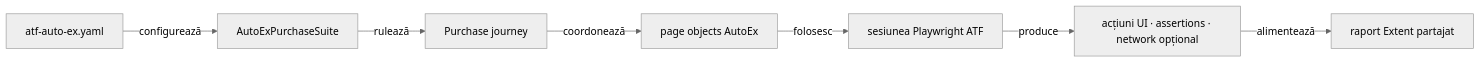
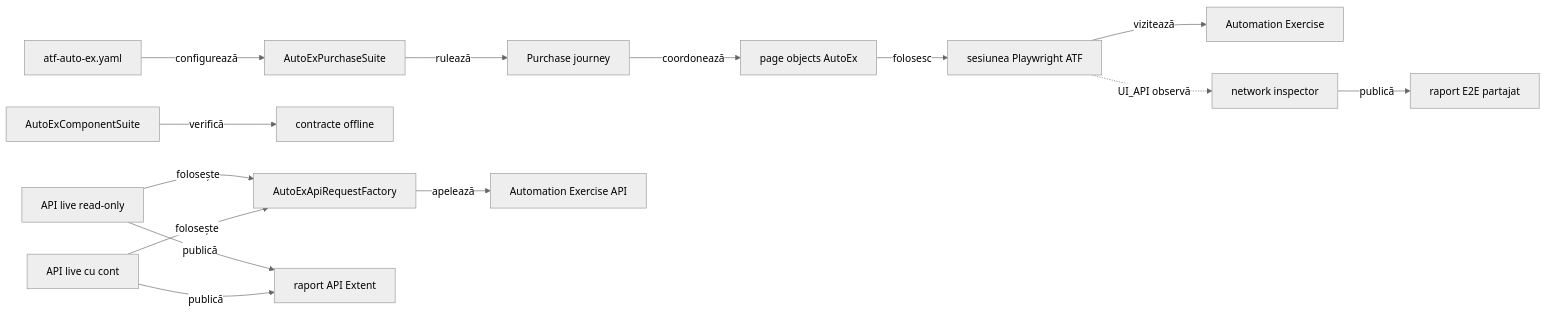
Before and after one commit to crististefanita/demo2: the first of 2 diagrams in atf-test-auto-ex/README.md, drawn with Mermaid (neutral theme). The commit also changed other lines of this file and 43 other files, not shown here.

Commit message:
Extend console reporting and live API contracts

````diff
--- a/atf-test-auto-ex/README.md
+++ b/atf-test-auto-ex/README.md
@@ -17,9 +20,16 @@
 ```mermaid
 flowchart LR
     Config[atf-auto-ex.yaml] -->|configurează| Suite[AutoExPurchaseSuite]
     Suite -->|rulează| Journey[Purchase journey]
     Journey -->|coordonează| Pages[page objects AutoEx]
     Pages -->|folosesc| Browser[sesiunea Playwright ATF]
-    Browser -->|produce| Evidence[acțiuni UI · assertions · network opțional]
-    Evidence -->|alimentează| Report[raport Extent partajat]
+    Browser -->|vizitează| Site[Automation Exercise]
+    Browser -.->|UI_API observă| Inspector[network inspector]
+    Inspector -->|publică| UiReport[raport E2E partajat]
+    ComponentSuite[AutoExComponentSuite] -->|verifică| Fixtures[contracte offline]
+    ReadOnlySuite[API live read-only] -->|folosește| Requests[AutoExApiRequestFactory]
+    MutatingSuite[API live cu cont] -->|folosește| Requests
+    Requests -->|apelează| Api[Automation Exercise API]
+    ReadOnlySuite -->|publică| ApiReport[raport API Extent]
+    MutatingSuite -->|publică| ApiReport
 ```
````
